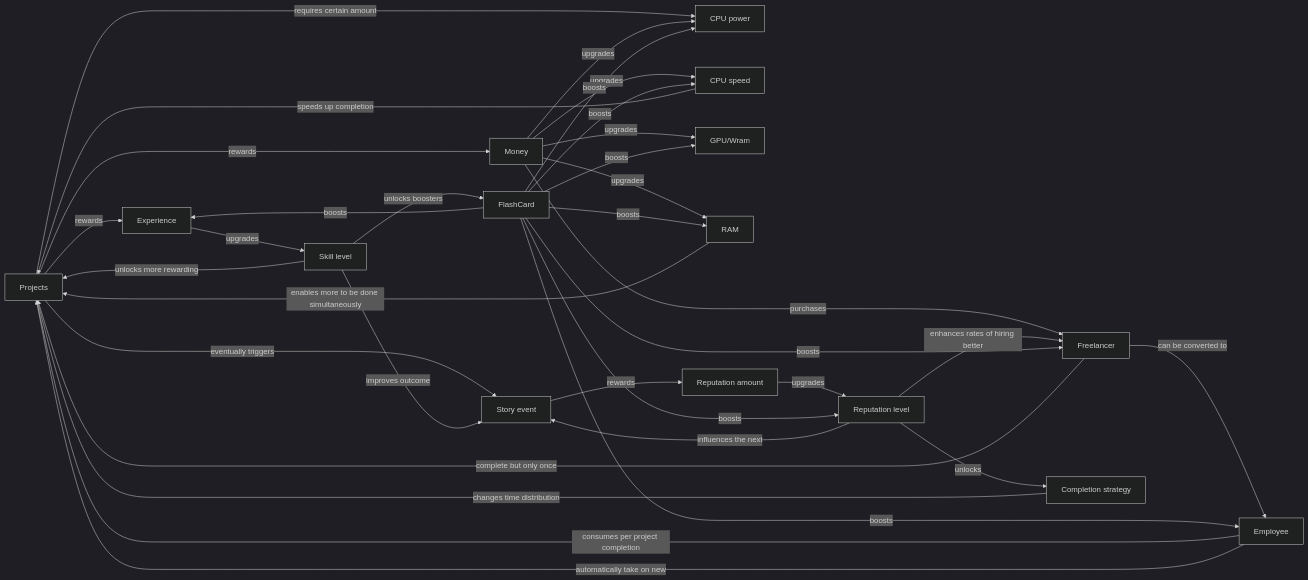
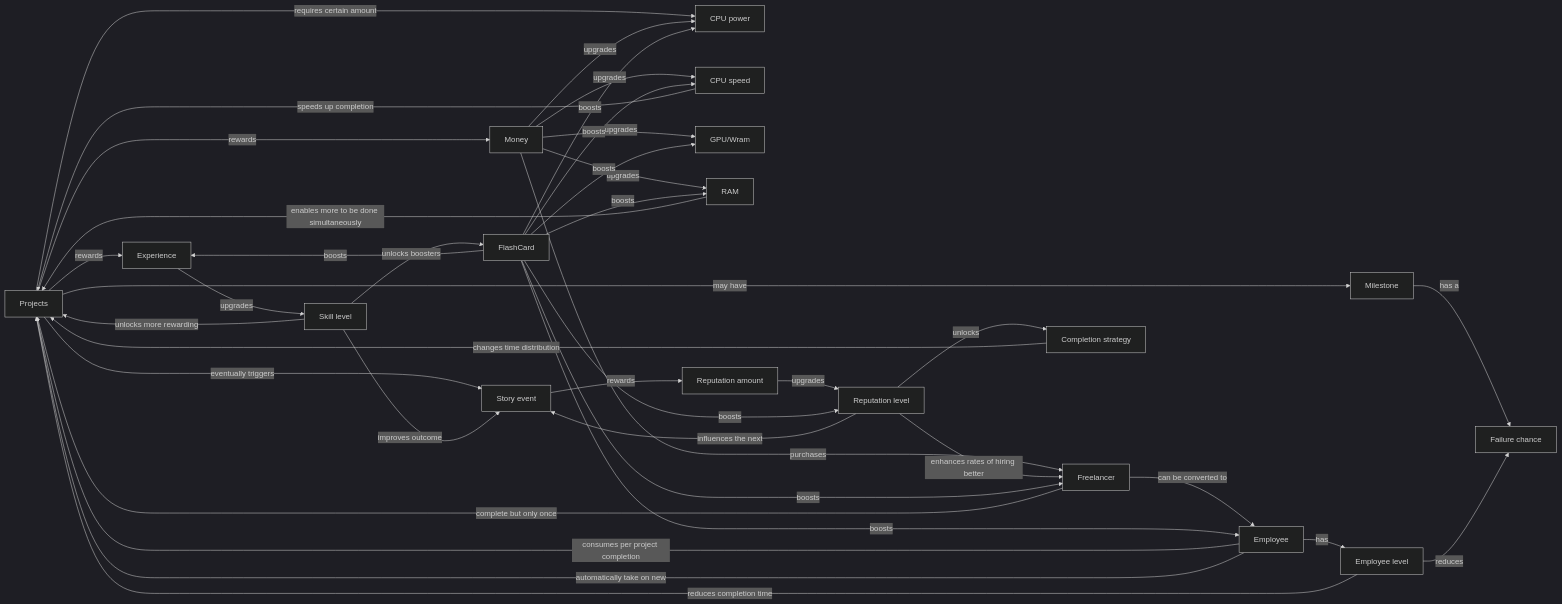
Before and after one commit to FloRul/stupig_proto: the first of 3 diagrams in TODOs.md, drawn with Mermaid (dark theme). The commit also changed 4 other files, not shown here.

````diff
--- a/TODOs.md
+++ b/TODOs.md
@@ -24,43 +24,48 @@
 ```mermaid
 graph LR
   Projects -->|rewards| Experience
+  Projects -->|may have| Milestone
+  Milestone -->|has a| FailureChance[Failure chance]
   Projects -->|rewards| Money
   Projects -->|eventually triggers| StoryEvent[Story event]
   Projects -->|requires certain amount| CPUPower
 
   Money -->|upgrades| CPUSpeed[CPU speed]
   Money -->|upgrades| CPUPower[CPU power]
   Money -->|upgrades| GPUWram[GPU/Wram]
   Money -->|upgrades| RAM
 
   CPUSpeed -->|speeds up completion| Projects
   RAM -->|enables more to be done simultaneously| Projects
   SkillLevel -->|unlocks more rewarding| Projects
   SkillLevel -->|improves outcome| StoryEvent[Story event]
 
   Experience -->|upgrades| SkillLevel[Skill level]
   SkillLevel -->|unlocks boosters| FlashCard
 
   Money -->|purchases| Freelancer
   Freelancer -->|can be converted to| Employee
   Freelancer -->|complete but only once| Projects
   Employee -->|consumes per project completion| Projects
   Employee -->|automatically take on new| Projects
+  Employee -->|has| EmployeeLevel[Employee level]
+  EmployeeLevel -->|reduces completion time| Projects
+  EmployeeLevel -->|reduces| FailureChance[Failure chance]
 
   StoryEvent -->|rewards| ReputationAmount[Reputation amount]
   ReputationAmount -->|upgrades| ReputationLevel[Reputation level]
   ReputationLevel -->|unlocks| CompletionStrategy[Completion strategy]
   ReputationLevel -->|influences the next| StoryEvent[Story event]
   ReputationLevel -->|enhances rates of hiring better| Freelancer
   CompletionStrategy -->|changes time distribution| Projects
 
 
   FlashCard -->|boosts| CPUSpeed
   FlashCard -->|boosts| CPUPower
   FlashCard -->|boosts| GPUWram
   FlashCard -->|boosts| Experience
   FlashCard -->|boosts| RAM
   FlashCard -->|boosts| ReputationLevel[Reputation level]
   FlashCard -->|boosts| Freelancer
   FlashCard -->|boosts| Employee
 ```
````
